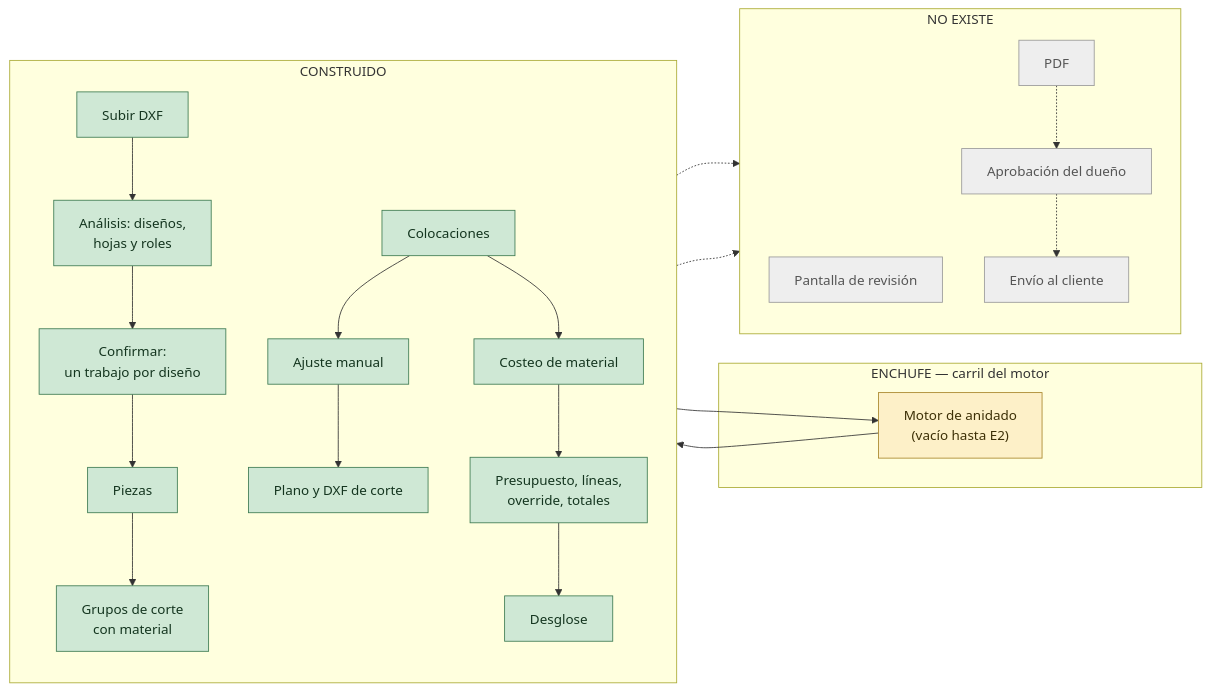
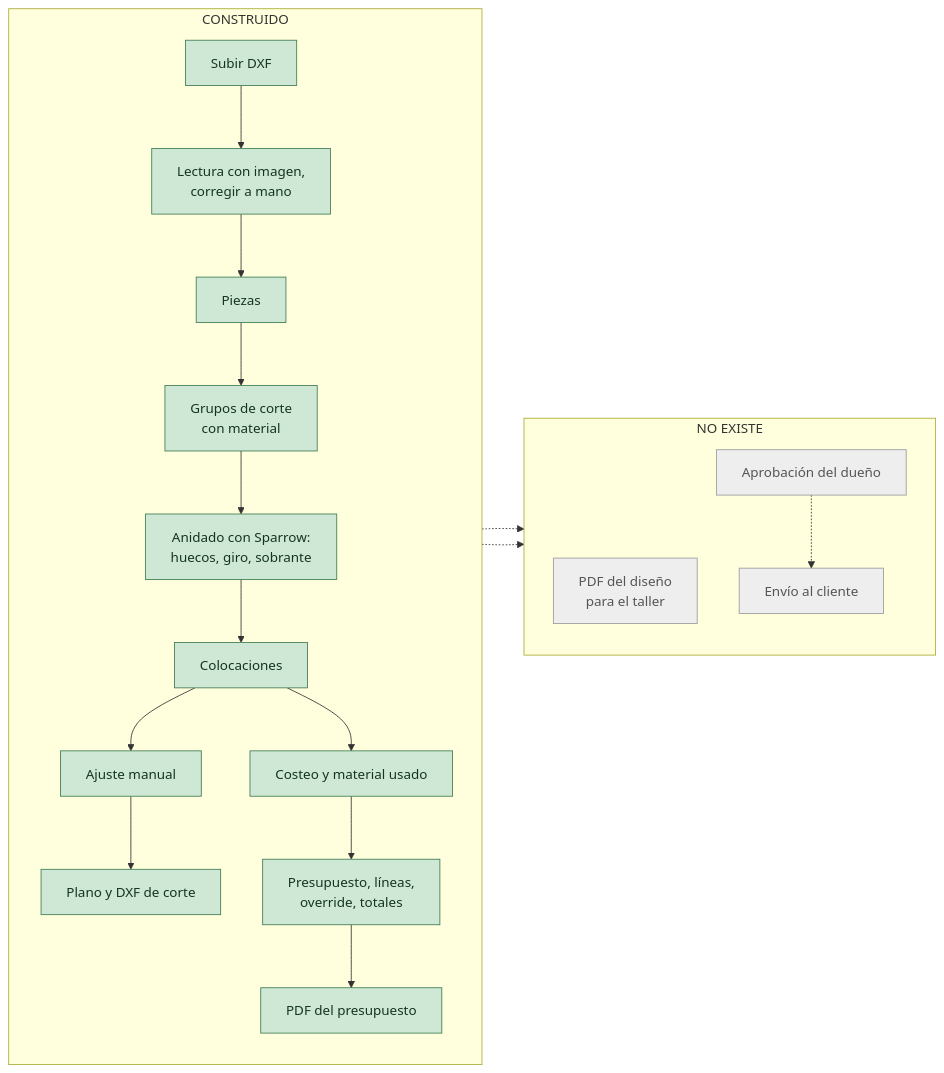
Before and after one commit to enzopazzelli/carteleria: the diagram in docs/MAPA-DEL-PROYECTO.md, drawn with Mermaid. The commit also changed other lines of this file and 4 other files, not shown here.

Commit message:
docs: bitácora del 22 y 23 de octubre, mapa del proyecto, guía de Sparrow y tablero del registro al día

````diff
--- a/docs/MAPA-DEL-PROYECTO.md
+++ b/docs/MAPA-DEL-PROYECTO.md
@@ -39,38 +39,31 @@
 ```mermaid
 flowchart LR
     subgraph hecho ["CONSTRUIDO"]
         direction TB
-        DXF["Subir DXF"] --> ANA["Análisis: diseños,<br/>hojas y roles"]
-        ANA --> CONF["Confirmar:<br/>un trabajo por diseño"]
-        CONF --> PIEZAS["Piezas"]
+        DXF["Subir DXF"] --> ANA["Lectura con imagen,<br/>corregir a mano"]
+        ANA --> PIEZAS["Piezas"]
         PIEZAS --> GRUPOS["Grupos de corte<br/>con material"]
-        COLOC["Colocaciones"] --> AJUSTE["Ajuste manual"]
+        GRUPOS --> MOTOR["Anidado con Sparrow:<br/>huecos, giro, sobrante"]
+        MOTOR --> COLOC["Colocaciones"]
+        COLOC --> AJUSTE["Ajuste manual"]
         AJUSTE --> PLANO["Plano y DXF de corte"]
-        COLOC --> COSTEO["Costeo de material"]
+        COLOC --> COSTEO["Costeo y material usado"]
         COSTEO --> PRESUP["Presupuesto, líneas,<br/>override, totales"]
-        PRESUP --> DESG["Desglose"]
-    end
-
-    subgraph enchufe ["ENCHUFE — carril del motor"]
-        MOTOR["Motor de anidado<br/>(vacío hasta E2)"]
+        PRESUP --> PDF["PDF del presupuesto"]
     end
 
     subgraph falta ["NO EXISTE"]
         direction TB
-        REV["Pantalla de revisión"]
-        PDF["PDF"]
+        PDFT["PDF del diseño<br/>para el taller"]
         APROB["Aprobación del dueño"]
         ENVIO["Envío al cliente"]
     end
 
-    GRUPOS --> MOTOR --> COLOC
-    ANA -.-> REV
-    DESG -.-> PDF -.-> APROB -.-> ENVIO
+    PLANO -.-> PDFT
+    PDF -.-> APROB -.-> ENVIO
 
     classDef ok fill:#cfe8d5,stroke:#3d7a52,color:#14351f
-    classDef enchufeCls fill:#fdf0c8,stroke:#a8862a,color:#3d3007
     classDef no fill:#eeeeee,stroke:#999,color:#555
-    class DXF,ANA,CONF,PIEZAS,GRUPOS,COLOC,AJUSTE,PLANO,COSTEO,PRESUP,DESG ok
-    class MOTOR enchufeCls
-    class REV,PDF,APROB,ENVIO no
+    class DXF,ANA,PIEZAS,GRUPOS,MOTOR,COLOC,AJUSTE,PLANO,COSTEO,PRESUP,PDF ok
+    class PDFT,APROB,ENVIO no
 ```
````
